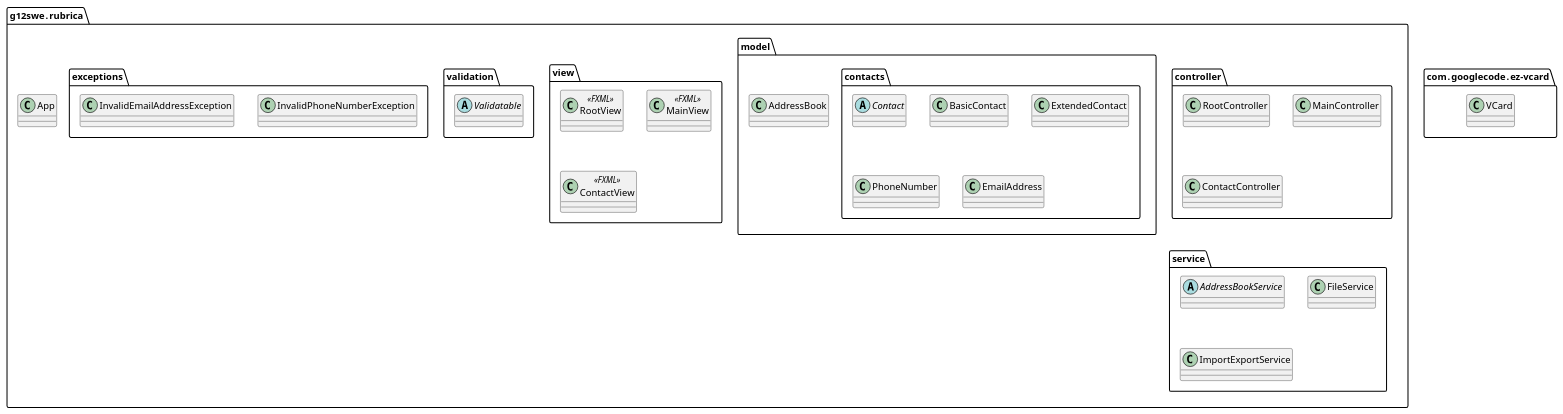
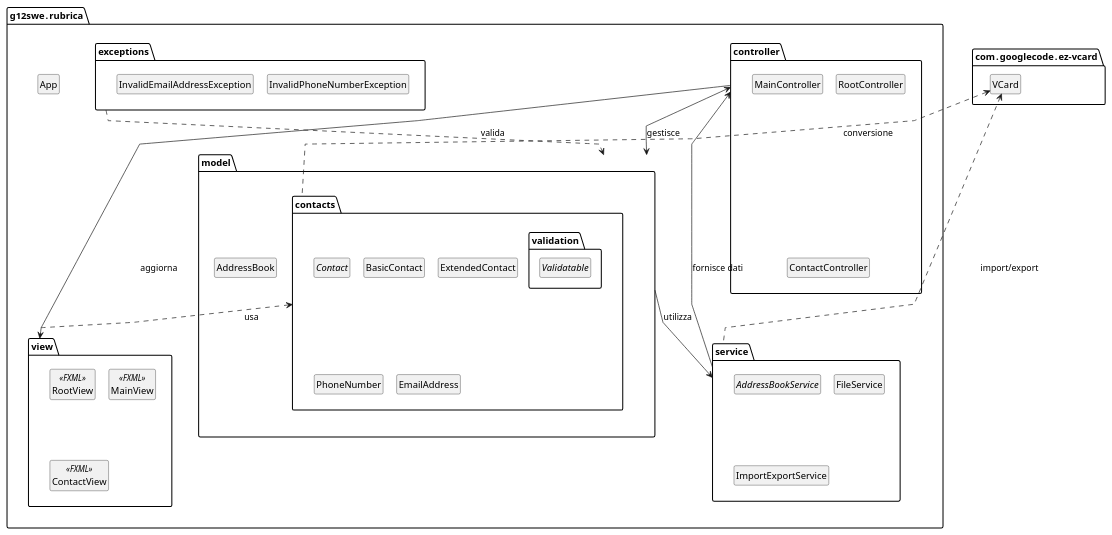
One commit to francescopeluso/SWE-Project changed the diagram in docs/DiagramPackage/packageDiagram.puml. Above: the diagram before and after it, drawn with PlantUML. The commit also changed 1 other file, not shown here.

Commit message:
Package diagram aggiornato (da revisionare)

```diff
--- a/docs/DiagramPackage/packageDiagram.puml
+++ b/docs/DiagramPackage/packageDiagram.puml
@@ -1,54 +1,75 @@
 @startuml
+
+skinparam linetype polyline
+skinparam nodesep 20
+skinparam ranksep 20
+
+package "com․googlecode․ez-vcard" {
+    class VCard
+}
+
 package "g12swe․rubrica" {
-
     class App
 
     package "controller" {
         class RootController
         class MainController
         class ContactController
     }
 
     package "model" {
         class AddressBook
+        
         package "contacts" {
             abstract class Contact
             class BasicContact
             class ExtendedContact
             class PhoneNumber
             class EmailAddress
+
+            package "validation" {
+                abstract class Validatable
+            }
         }
     }
         
     package "view" {
         class RootView <<FXML>>
         class MainView <<FXML>>
         class ContactView <<FXML>>
-    }
-
-    package "validation" {
-        abstract class Validatable
     }
 
     package "exceptions" {
         class InvalidPhoneNumberException
         class InvalidEmailAddressException
     }
 
     package "service" {
         abstract class AddressBookService
         class FileService
         class ImportExportService
     }
 
-  
+    ' Relazioni più pulite e dirette
+    exceptions ..> model : valida
+    model --> service : utilizza
+    service --> controller : fornisce dati
+    controller --> view : aggiorna
+    controller <--> model : gestisce
+
+    contacts <.. view : usa
+    
+    ' Relazioni con VCard
+    VCard <.. service : import/export
+    VCard <.. contacts : conversione
 }
 
-package "com․googlecode․ez-vcard" {
-    class VCard
-}
-
-
-
+' Migliorie grafiche
+hide class circle
+hide abstract circle
+hide class methods
+hide class attributes
+hide abstract methods
+hide abstract attributes
 
 @enduml
```
